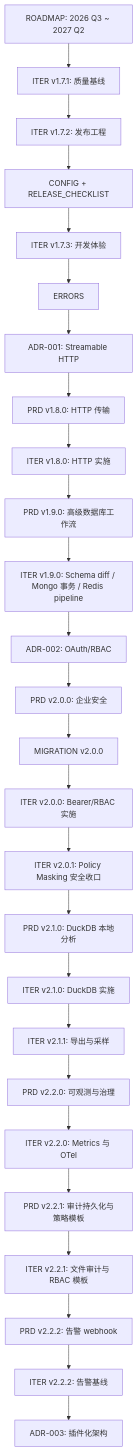
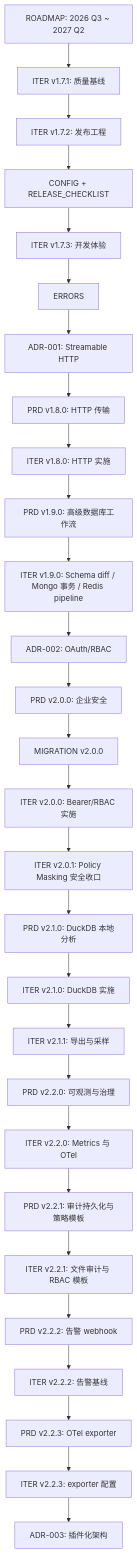
One commit to yclenove/polyglot-db-mcp-server changed the diagram in docs/INDEX.md. Above: the diagram before and after it, drawn with Mermaid. The commit also changed other lines of this file and 21 other files, not shown here.

Commit message:
feat: add otel exporter config for v2.2.3

````diff
--- a/docs/INDEX.md
+++ b/docs/INDEX.md
@@ -196,28 +202,30 @@
 ```mermaid
 flowchart TD
   A[ROADMAP: 2026 Q3 ~ 2027 Q2] --> B[ITER v1.7.1: 质量基线]
   B --> C[ITER v1.7.2: 发布工程]
   C --> D[CONFIG + RELEASE_CHECKLIST]
   D --> E[ITER v1.7.3: 开发体验]
   E --> F[ERRORS]
   F --> G[ADR-001: Streamable HTTP]
   G --> H[PRD v1.8.0: HTTP 传输]
   H --> I[ITER v1.8.0: HTTP 实施]
   I --> J[PRD v1.9.0: 高级数据库工作流]
   J --> K[ITER v1.9.0: Schema diff / Mongo 事务 / Redis pipeline]
   K --> L[ADR-002: OAuth/RBAC]
   L --> M[PRD v2.0.0: 企业安全]
   M --> N[MIGRATION v2.0.0]
   N --> O[ITER v2.0.0: Bearer/RBAC 实施]
   O --> P[ITER v2.0.1: Policy Masking 安全收口]
   P --> Q[PRD v2.1.0: DuckDB 本地分析]
   Q --> R[ITER v2.1.0: DuckDB 实施]
   R --> S[ITER v2.1.1: 导出与采样]
   S --> T[PRD v2.2.0: 可观测与治理]
   T --> U[ITER v2.2.0: Metrics 与 OTel]
   U --> V[PRD v2.2.1: 审计持久化与策略模板]
   V --> W[ITER v2.2.1: 文件审计与 RBAC 模板]
   W --> X[PRD v2.2.2: 告警 webhook]
   X --> Y[ITER v2.2.2: 告警基线]
-  Y --> Z[ADR-003: 插件化架构]
+  Y --> Z[PRD v2.2.3: OTel exporter]
+  Z --> AA[ITER v2.2.3: exporter 配置]
+  AA --> AB[ADR-003: 插件化架构]
 ```
````
